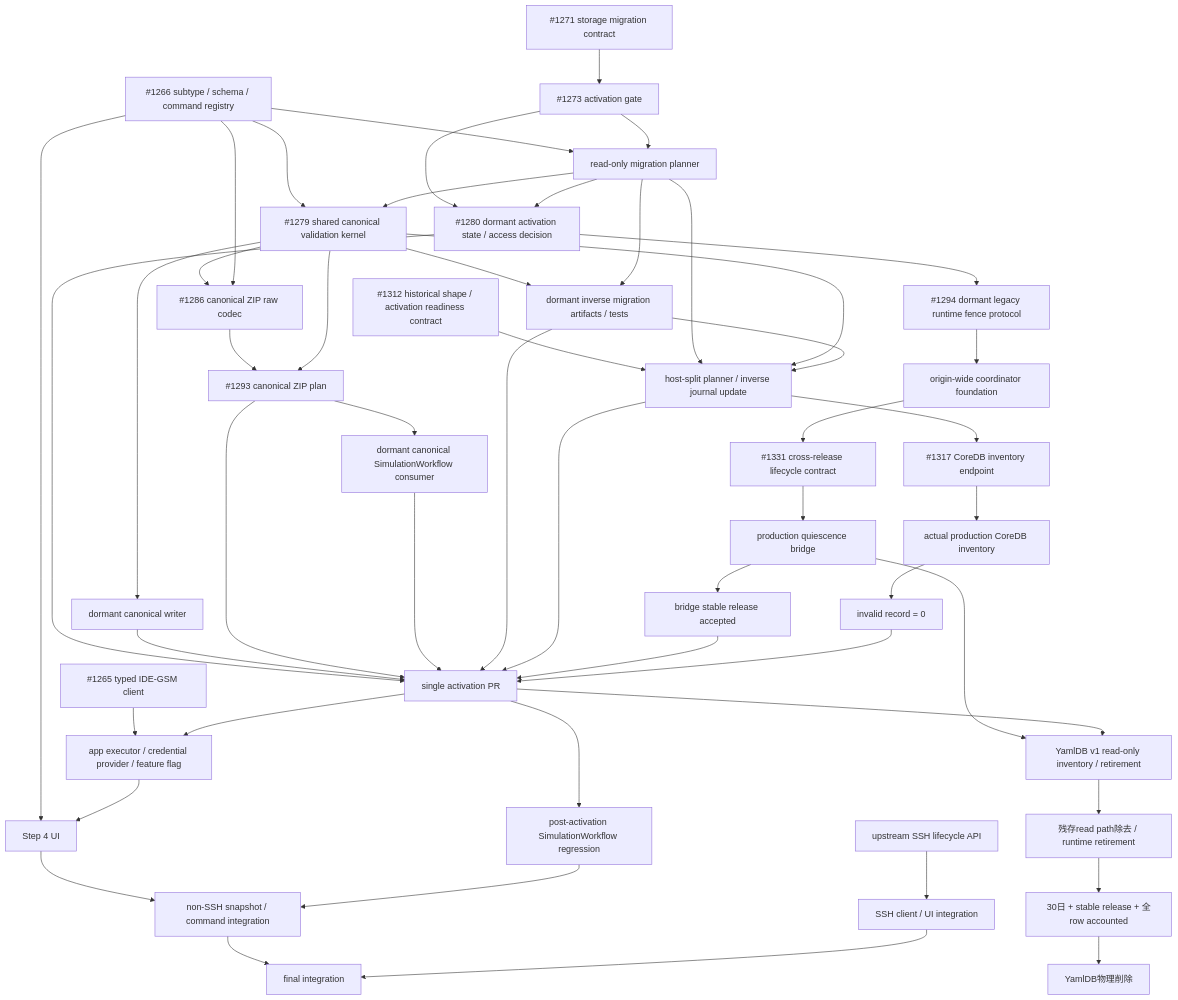
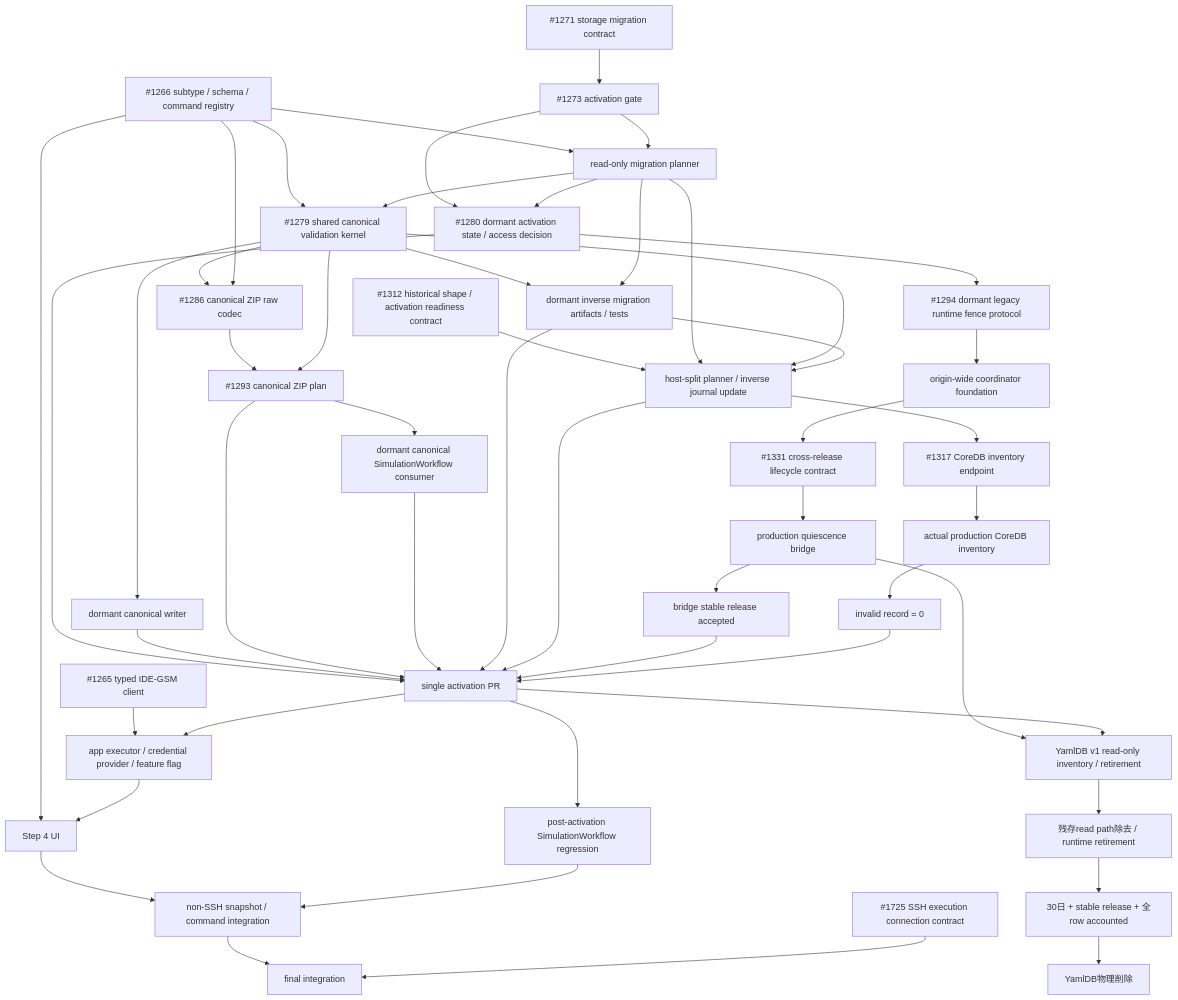
Before and after one commit to kubohiroya/hierarchidb: the first of 2 diagrams in docs/yaml-plugin-ide-gsm-step4-spec.md, drawn with Mermaid. The commit also changed other lines of this file and 5 other files, not shown here.

First line of the commit message:
docs(simulation): define SSH execution contract

````diff
--- a/docs/yaml-plugin-ide-gsm-step4-spec.md
+++ b/docs/yaml-plugin-ide-gsm-step4-spec.md
@@ -576,55 +579,54 @@
 ```mermaid
 graph TD
   Registry["#1266 subtype / schema / command registry"] --> Planner["read-only migration planner"]
   Registry --> Validation["#1279 shared canonical validation kernel"]
   Contract["#1271 storage migration contract"] --> ActivationContract["#1273 activation gate"]
   HistoricalContract["#1312 historical shape / activation readiness contract"] --> PlannerUpdate["host-split planner / inverse journal update"]
   ActivationContract --> Planner
   Planner --> Validation
   Planner --> PlannerUpdate
   Validation --> PlannerUpdate
   Validation --> DormantWriter["dormant canonical writer"]
   Validation --> RawSnapshotCodec["#1286 canonical ZIP raw codec"]
   RawSnapshotCodec --> DormantSnapshotIO["#1293 canonical ZIP plan"]
   Validation --> DormantSnapshotIO
   DormantSnapshotIO --> DormantSimulation["dormant canonical SimulationWorkflow consumer"]
   Validation --> InverseArtifacts["dormant inverse migration artifacts / tests"]
   Planner --> InverseArtifacts["dormant inverse migration artifacts / tests"]
   ActivationContract --> ActivationState["#1280 dormant activation state / access decision"]
   Planner --> ActivationState
   ActivationState --> WriterFence["#1294 dormant legacy runtime fence protocol"]
   WriterFence --> OriginCoordinator["origin-wide coordinator foundation"]
   OriginCoordinator --> CrossRelease["#1331 cross-release lifecycle contract"]
   CrossRelease --> QuiescenceBridge["production quiescence bridge"]
   QuiescenceBridge --> BridgeRelease["bridge stable release accepted"]
   PlannerUpdate --> CoreInventoryEndpoint["#1317 CoreDB inventory endpoint"]
   CoreInventoryEndpoint --> CoreInventory["actual production CoreDB inventory"]
   CoreInventory --> InventoryAccepted["invalid record = 0"]
   ActivationState --> Activation["single activation PR"]
   DormantWriter --> Activation["single activation PR"]
   DormantSnapshotIO --> Activation
   DormantSimulation --> Activation
   InverseArtifacts --> Activation
   InverseArtifacts --> PlannerUpdate
   PlannerUpdate --> Activation
   BridgeRelease --> Activation
   InventoryAccepted --> Activation
   Registry --> RawSnapshotCodec
   Registry --> Step4["Step 4 UI"]
   Client["#1265 typed IDE-GSM client"] --> Executor["app executor / credential provider / feature flag"]
   Activation --> Executor
   Executor --> Step4
   Activation --> SimulationRegression["post-activation SimulationWorkflow regression"]
   Step4 --> NonSshIntegration["non-SSH snapshot / command integration"]
   SimulationRegression --> NonSshIntegration
 
   QuiescenceBridge --> LegacyRecovery["YamlDB v1 read-only inventory / retirement"]
   Activation --> LegacyRecovery
   LegacyRecovery --> RemoveYamlReads["残存read path除去 / runtime retirement"]
   RemoveYamlReads --> RetentionGate["30日 + stable release + 全row accounted"]
   RetentionGate --> DeleteYamlDB["YamlDB物理削除"]
 
-  UpstreamSsh["upstream SSH lifecycle API"] --> SshIntegration["SSH client / UI integration"]
   NonSshIntegration --> FinalIntegration["final integration"]
-  SshIntegration --> FinalIntegration
+  SshContract["#1725 SSH execution connection contract"] --> FinalIntegration
 ```
````
